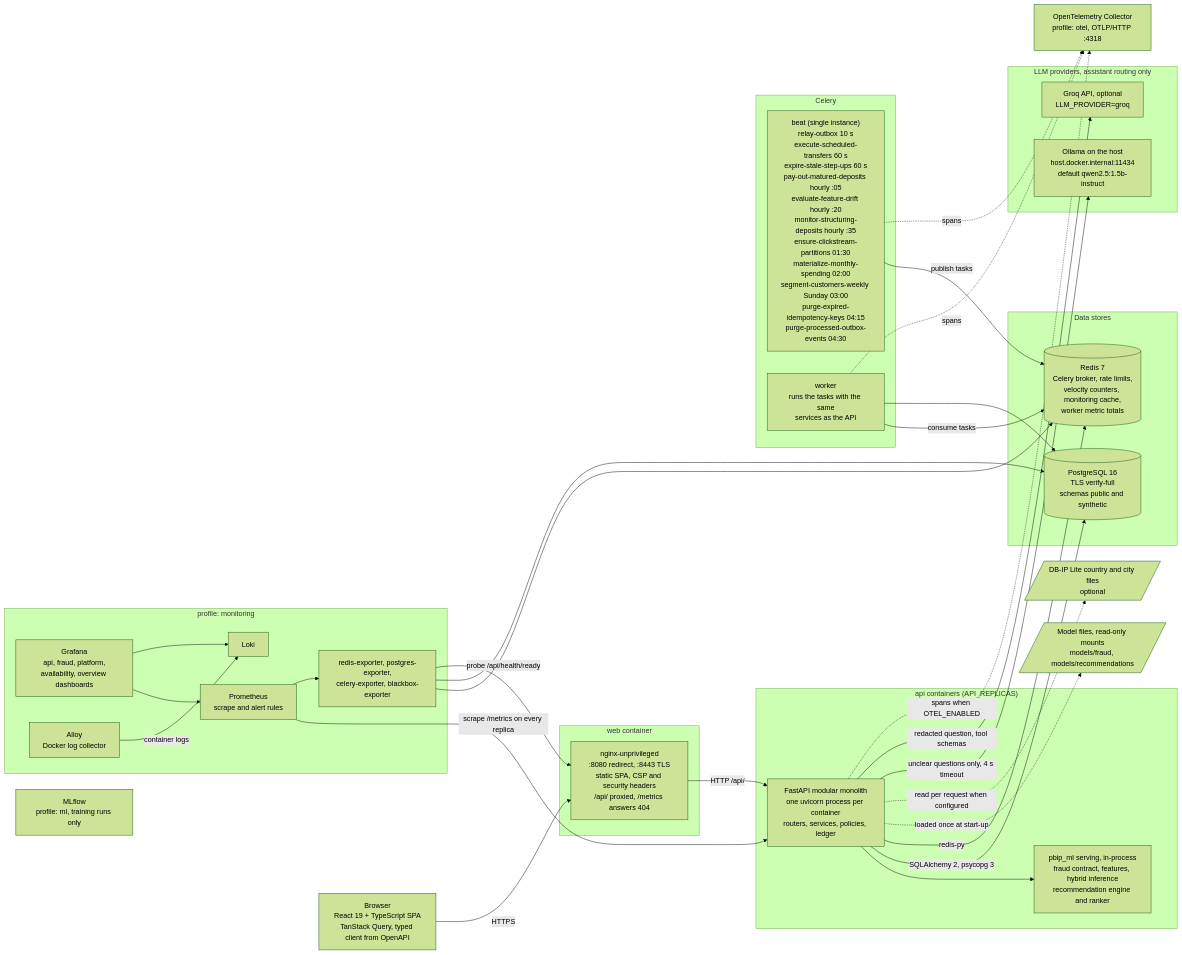
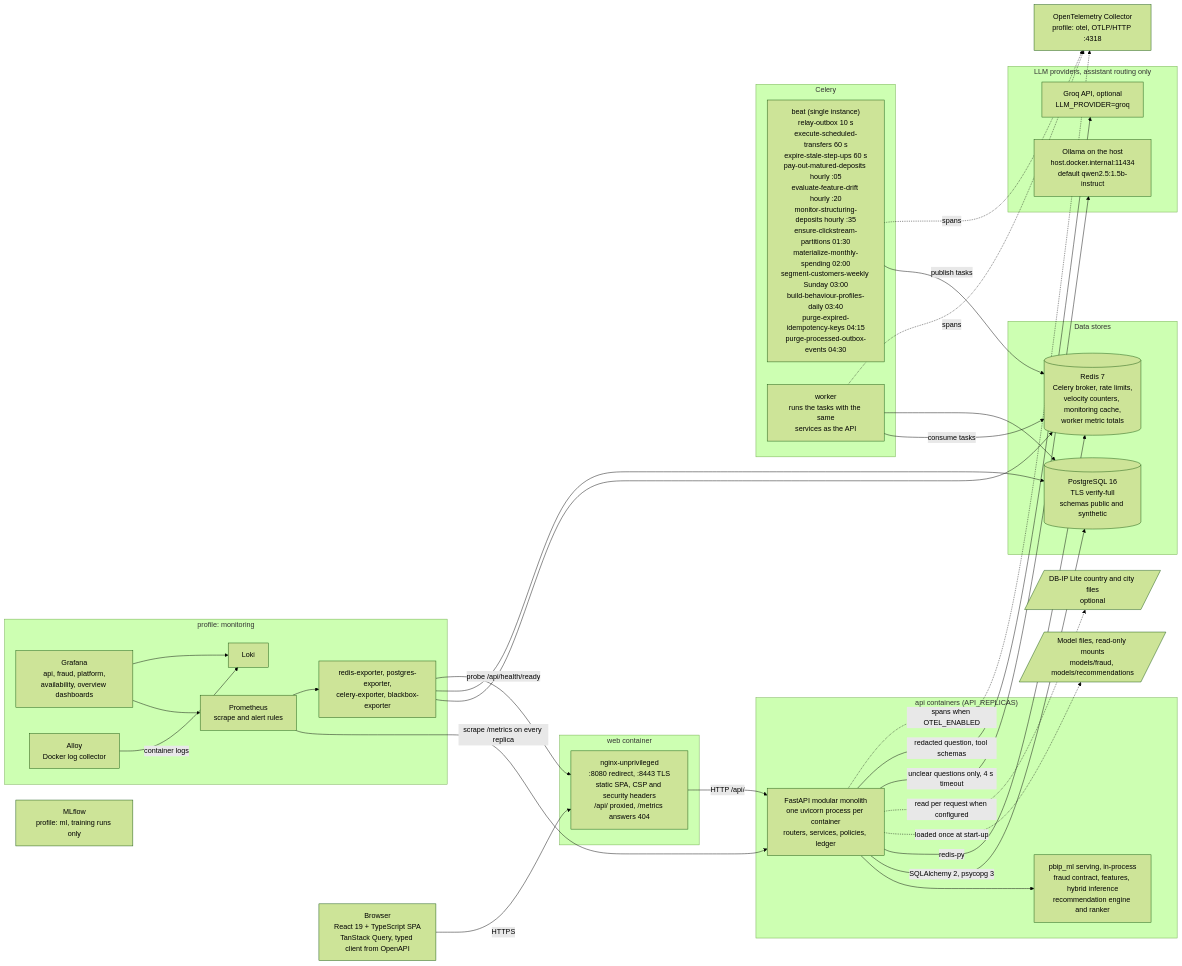
Before and after one commit to rachitst/pbip: the diagram in docs/diagrams/component.md, drawn with Mermaid (forest theme). The commit also changed 24 other files, not shown here.

Commit message:
docs(diagrams): investing, behavioural profile and consent, loan offers, fraud dashboard and compliance exception flows and states

````diff
--- a/docs/diagrams/component.md
+++ b/docs/diagrams/component.md
@@ -11,65 +11,65 @@
 ```mermaid
 flowchart LR
     browser["Browser<br/>React 19 + TypeScript SPA<br/>TanStack Query, typed client from OpenAPI"]
 
     subgraph edge["web container"]
         nginx["nginx-unprivileged<br/>:8080 redirect, :8443 TLS<br/>static SPA, CSP and security headers<br/>/api/ proxied, /metrics answers 404"]
     end
 
     subgraph app["api containers (API_REPLICAS)"]
         fastapi["FastAPI modular monolith<br/>one uvicorn process per container<br/>routers, services, policies, ledger"]
         mlserve["pbip_ml serving, in-process<br/>fraud contract, features, hybrid inference<br/>recommendation engine and ranker"]
         fastapi --> mlserve
     end
 
     subgraph jobs["Celery"]
-        beat["beat (single instance)<br/>relay-outbox 10 s<br/>execute-scheduled-transfers 60 s<br/>expire-stale-step-ups 60 s<br/>pay-out-matured-deposits hourly :05<br/>evaluate-feature-drift hourly :20<br/>monitor-structuring-deposits hourly :35<br/>ensure-clickstream-partitions 01:30<br/>materialize-monthly-spending 02:00<br/>segment-customers-weekly Sunday 03:00<br/>purge-expired-idempotency-keys 04:15<br/>purge-processed-outbox-events 04:30"]
+        beat["beat (single instance)<br/>relay-outbox 10 s<br/>execute-scheduled-transfers 60 s<br/>expire-stale-step-ups 60 s<br/>pay-out-matured-deposits hourly :05<br/>evaluate-feature-drift hourly :20<br/>monitor-structuring-deposits hourly :35<br/>ensure-clickstream-partitions 01:30<br/>materialize-monthly-spending 02:00<br/>segment-customers-weekly Sunday 03:00<br/>build-behaviour-profiles-daily 03:40<br/>purge-expired-idempotency-keys 04:15<br/>purge-processed-outbox-events 04:30"]
         worker["worker<br/>runs the tasks with the same<br/>services as the API"]
     end
 
     subgraph data["Data stores"]
         pg[("PostgreSQL 16<br/>TLS verify-full<br/>schemas public and synthetic")]
         redis[("Redis 7<br/>Celery broker, rate limits,<br/>velocity counters, monitoring cache,<br/>worker metric totals")]
     end
 
     models[/"Model files, read-only mounts<br/>models/fraud, models/recommendations"/]
     geoip[/"DB-IP Lite country and city files<br/>optional"/]
 
     subgraph llm["LLM providers, assistant routing only"]
         ollama["Ollama on the host<br/>host.docker.internal:11434<br/>default qwen2.5:1.5b-instruct"]
         groq["Groq API, optional<br/>LLM_PROVIDER=groq"]
     end
 
     subgraph mon["profile: monitoring"]
         prom["Prometheus<br/>scrape and alert rules"]
         graf["Grafana<br/>api, fraud, platform,<br/>availability, overview dashboards"]
         loki["Loki"]
         alloy["Alloy<br/>Docker log collector"]
         exporters["redis-exporter, postgres-exporter,<br/>celery-exporter, blackbox-exporter"]
     end
     otel["OpenTelemetry Collector<br/>profile: otel, OTLP/HTTP :4318"]
     mlflow["MLflow<br/>profile: ml, training runs only"]
 
     browser -- "HTTPS" --> nginx
     nginx -- "HTTP /api/" --> fastapi
     fastapi -- "SQLAlchemy 2, psycopg 3" --> pg
     fastapi -- "redis-py" --> redis
     fastapi -. "loaded once at start-up" .-> models
     fastapi -. "read per request when configured" .-> geoip
     fastapi -- "unclear questions only, 4 s timeout" --> ollama
     fastapi -- "redacted question, tool schemas" --> groq
     beat -- "publish tasks" --> redis
     worker -- "consume tasks" --> redis
     worker --> pg
     prom -- "scrape /metrics on every replica" --> fastapi
     prom --> exporters
     exporters --> redis
     exporters --> pg
     exporters -- "probe /api/health/ready" --> nginx
     alloy -- "container logs" --> loki
     graf --> prom
     graf --> loki
     fastapi -. "spans when OTEL_ENABLED" .-> otel
     worker -. "spans" .-> otel
     beat -. "spans" .-> otel
 ```
````
